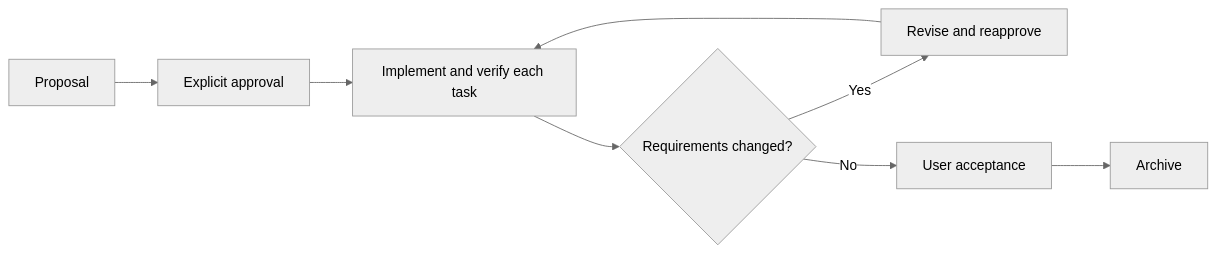
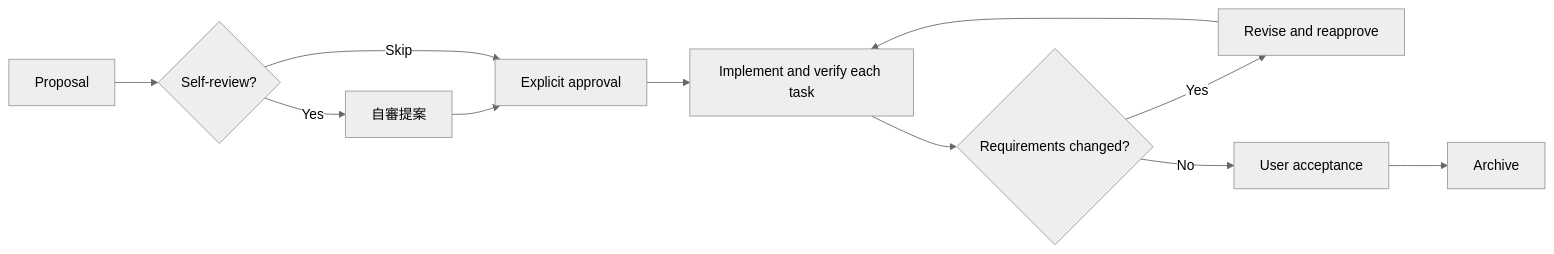
The diagram in README.en.md (kurotanshi/sdd-workflow), drawn with Mermaid (neutral theme) before and after one commit. The commit also changed other lines of this file and 18 other files, not shown here.

````diff
--- a/README.en.md
+++ b/README.en.md
@@ -95,10 +99,13 @@
 ```mermaid
 flowchart LR
-    A["Proposal"] --> B["Explicit approval"]
+    A["Proposal"] --> Q{"Self-review?"}
+    Q -- "Yes" --> SR["自審提案"]
+    SR --> B["Explicit approval"]
+    Q -- "Skip" --> B
     B --> C["Implement and verify each task"]
     C --> D{"Requirements changed?"}
-    D -- "Yes" --> R["Revise and reapprove"]
-    R --> C
+    D -- "Yes" --> REV["Revise and reapprove"]
+    REV --> C
     D -- "No" --> E["User acceptance"]
     E --> F["Archive"]
 ```
````
